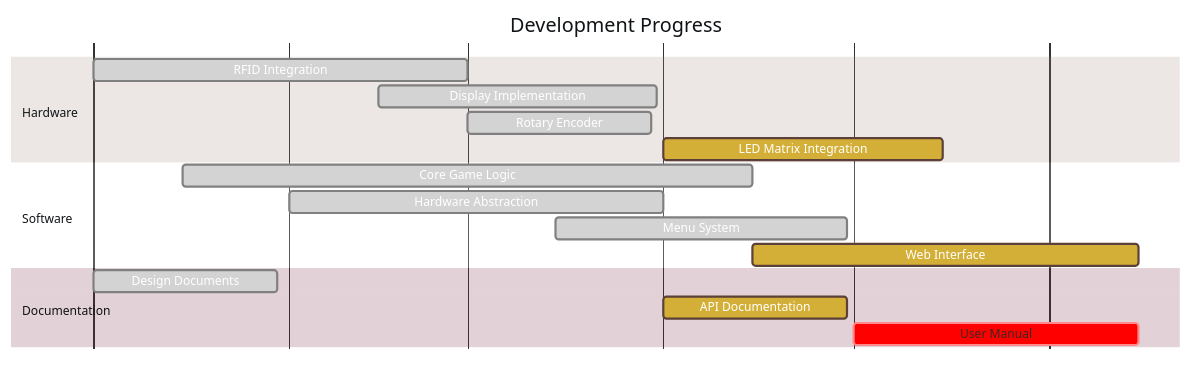
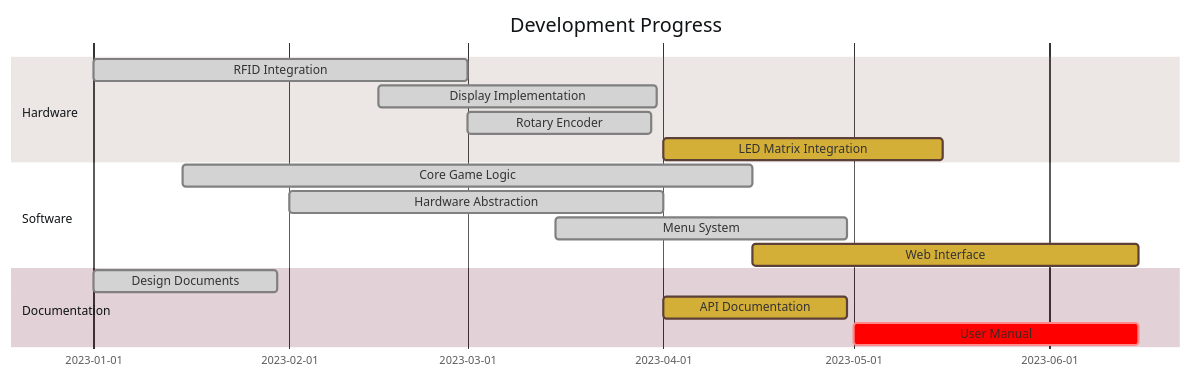
Before and after one commit to declanshanaghy/gwent: the seventh of 9 diagrams in README.md, drawn with Mermaid. The commit also changed other lines of this file and 20 other files, not shown here.

````diff
--- a/README.md
+++ b/README.md
@@ -325,46 +328,46 @@
 ```mermaid
 %%{init: {
   'theme': 'base',
   'themeVariables': {
     'primaryColor': '#6d1a36',
-    'primaryTextColor': '#fff',
+    'primaryTextColor': '#333',
     'primaryBorderColor': '#7C4DFF',
     'lineColor': '#7C4DFF',
     'secondaryColor': '#D7CCC8',
     'tertiaryColor': '#EFEBE9',
     'fontFamily': 'Courier New',
     'fontSize': '16px',
     'ganttBkg': '#F5F5F5',
     'ganttFontSize': '16px',
     'sectionBkgColor': '#A1887F',
     'sectionFontColor': '#fff',
     'taskBkgColor': '#BCAAA4',
     'taskBorderColor': '#5D4037',
     'taskTextColor': '#3E2723',
     'activeTaskBkgColor': '#d4af37',
     'activeTaskBorderColor': '#5D4037',
     'gridColor': '#EFEBE9'
   }
 }}%%
 
 gantt
     title Development Progress
     dateFormat YYYY-MM-DD
     
     section Hardware
     RFID Integration       :done, rfid, 2023-01-01, 2023-03-01
     Display Implementation :done, disp, 2023-02-15, 2023-03-31
     Rotary Encoder         :done, rot, 2023-03-01, 2023-03-30
     LED Matrix Integration :active, led, 2023-04-01, 2023-05-15
     
     section Software
     Core Game Logic        :done, core, 2023-01-15, 2023-04-15
     Hardware Abstraction   :done, hal, 2023-02-01, 2023-04-01
     Menu System            :done, menu, 2023-03-15, 2023-04-30
     Web Interface          :active, web, 2023-04-15, 2023-06-15
     
     section Documentation
     Design Documents       :done, docs, 2023-01-01, 2023-01-30
     API Documentation      :active, api, 2023-04-01, 2023-04-30
     User Manual            :crit, manual, 2023-05-01, 2023-06-15
 ```
````
